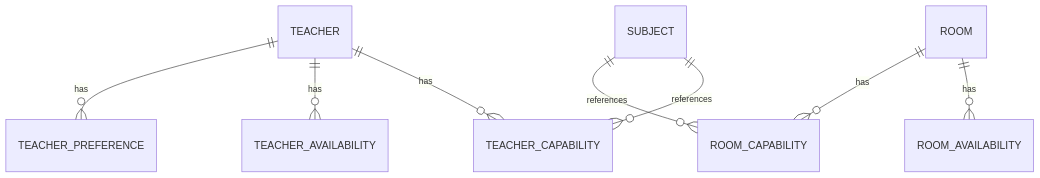
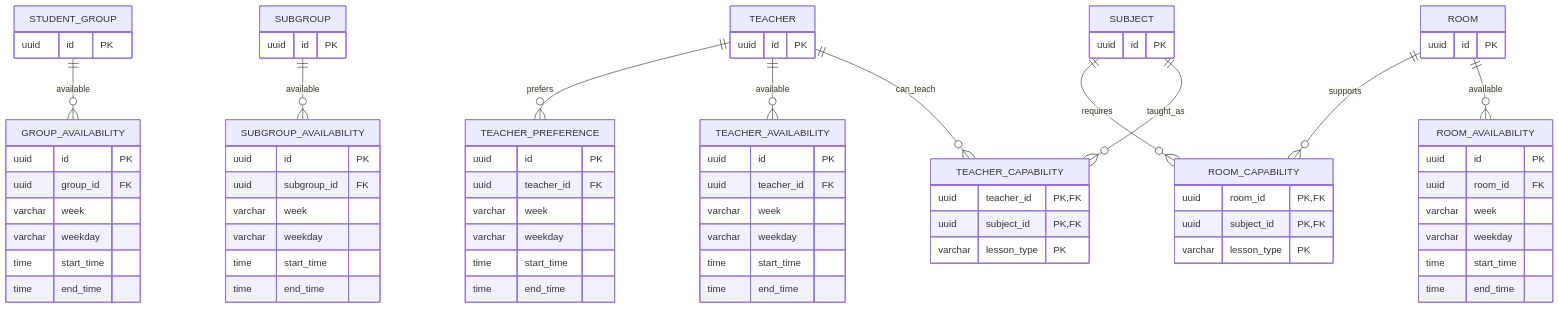
The fifth of 8 diagrams in docs/HLD.md (User1235321/Lessons-schedules-service), drawn with Mermaid before and after one commit. The commit also changed other lines of this file, not shown here.

Commit message:
docs(hld): детализирована ER-модель с полями и ограничениями

````diff
--- a/docs/HLD.md
+++ b/docs/HLD.md
@@ -440,11 +518,78 @@
-```mermaid
-%%{init: {"er": {"useMaxWidth": false}, "themeVariables": {"fontSize": "17px"}}}%%
+~~~mermaid
 erDiagram
-    TEACHER ||--o{ TEACHER_CAPABILITY : has
-    SUBJECT ||--o{ TEACHER_CAPABILITY : references
-    TEACHER ||--o{ TEACHER_AVAILABILITY : has
-    TEACHER ||--o{ TEACHER_PREFERENCE : has
-    ROOM ||--o{ ROOM_AVAILABILITY : has
-    ROOM ||--o{ ROOM_CAPABILITY : has
-    SUBJECT ||--o{ ROOM_CAPABILITY : references
-```
+    STUDENT_GROUP ||--o{ GROUP_AVAILABILITY : available
+    SUBGROUP ||--o{ SUBGROUP_AVAILABILITY : available
+    TEACHER ||--o{ TEACHER_CAPABILITY : can_teach
+    SUBJECT ||--o{ TEACHER_CAPABILITY : taught_as
+    TEACHER ||--o{ TEACHER_AVAILABILITY : available
+    TEACHER ||--o{ TEACHER_PREFERENCE : prefers
+    ROOM ||--o{ ROOM_AVAILABILITY : available
+    ROOM ||--o{ ROOM_CAPABILITY : supports
+    SUBJECT ||--o{ ROOM_CAPABILITY : requires
+
+    TEACHER {
+        uuid id PK
+    }
+    SUBJECT {
+        uuid id PK
+    }
+    ROOM {
+        uuid id PK
+    }
+    STUDENT_GROUP {
+        uuid id PK
+    }
+    SUBGROUP {
+        uuid id PK
+    }
+    GROUP_AVAILABILITY {
+        uuid id PK
+        uuid group_id FK
+        varchar week
+        varchar weekday
+        time start_time
+        time end_time
+    }
+    SUBGROUP_AVAILABILITY {
+        uuid id PK
+        uuid subgroup_id FK
+        varchar week
+        varchar weekday
+        time start_time
+        time end_time
+    }
+    TEACHER_CAPABILITY {
+        uuid teacher_id PK,FK
+        uuid subject_id PK,FK
+        varchar lesson_type PK
+    }
+    TEACHER_AVAILABILITY {
+        uuid id PK
+        uuid teacher_id FK
+        varchar week
+        varchar weekday
+        time start_time
+        time end_time
+    }
+    TEACHER_PREFERENCE {
+        uuid id PK
+        uuid teacher_id FK
+        varchar week
+        varchar weekday
+        time start_time
+        time end_time
+    }
+    ROOM_AVAILABILITY {
+        uuid id PK
+        uuid room_id FK
+        varchar week
+        varchar weekday
+        time start_time
+        time end_time
+    }
+    ROOM_CAPABILITY {
+        uuid room_id PK,FK
+        uuid subject_id PK,FK
+        varchar lesson_type PK
+    }
+~~~
````
